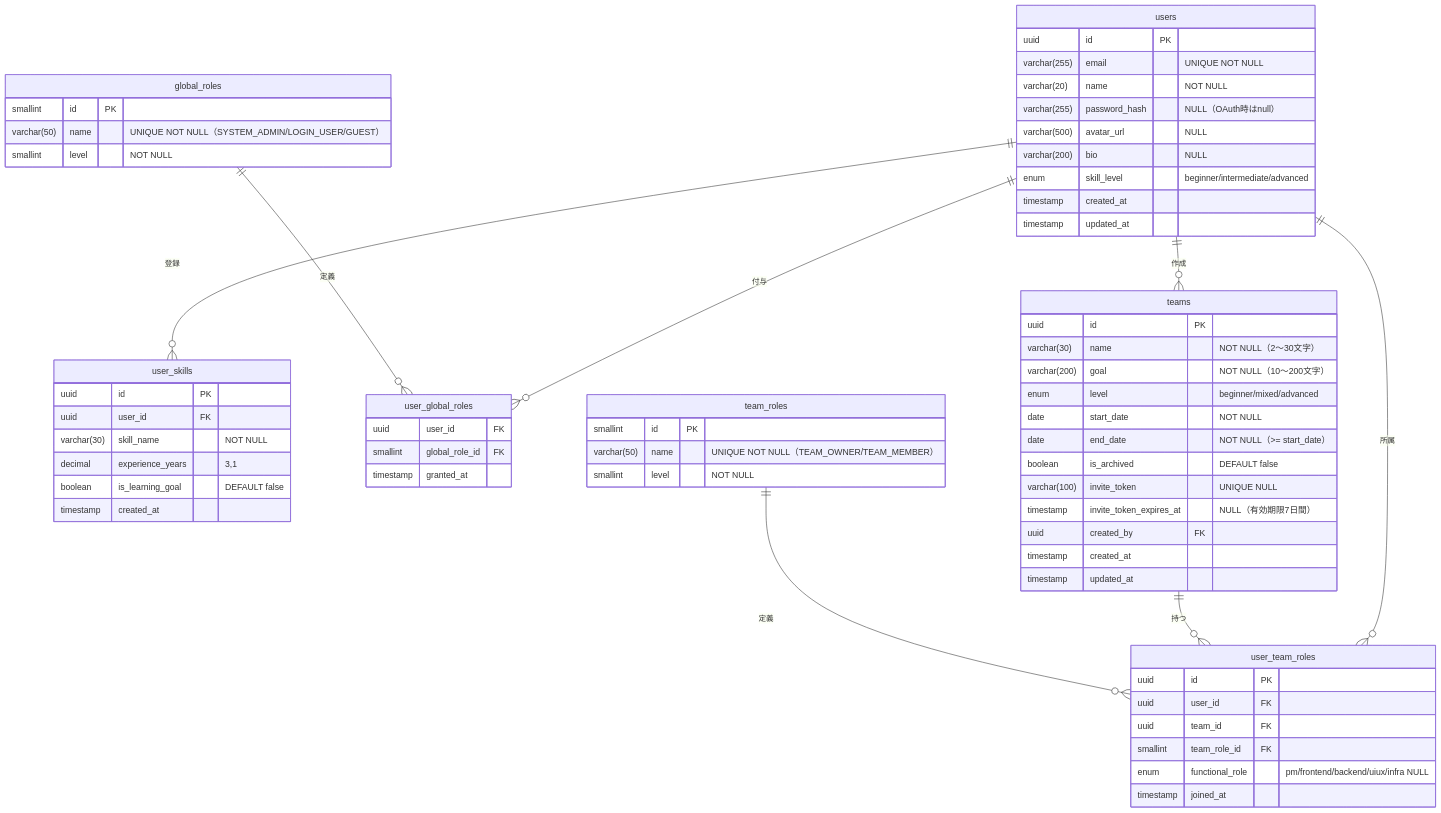
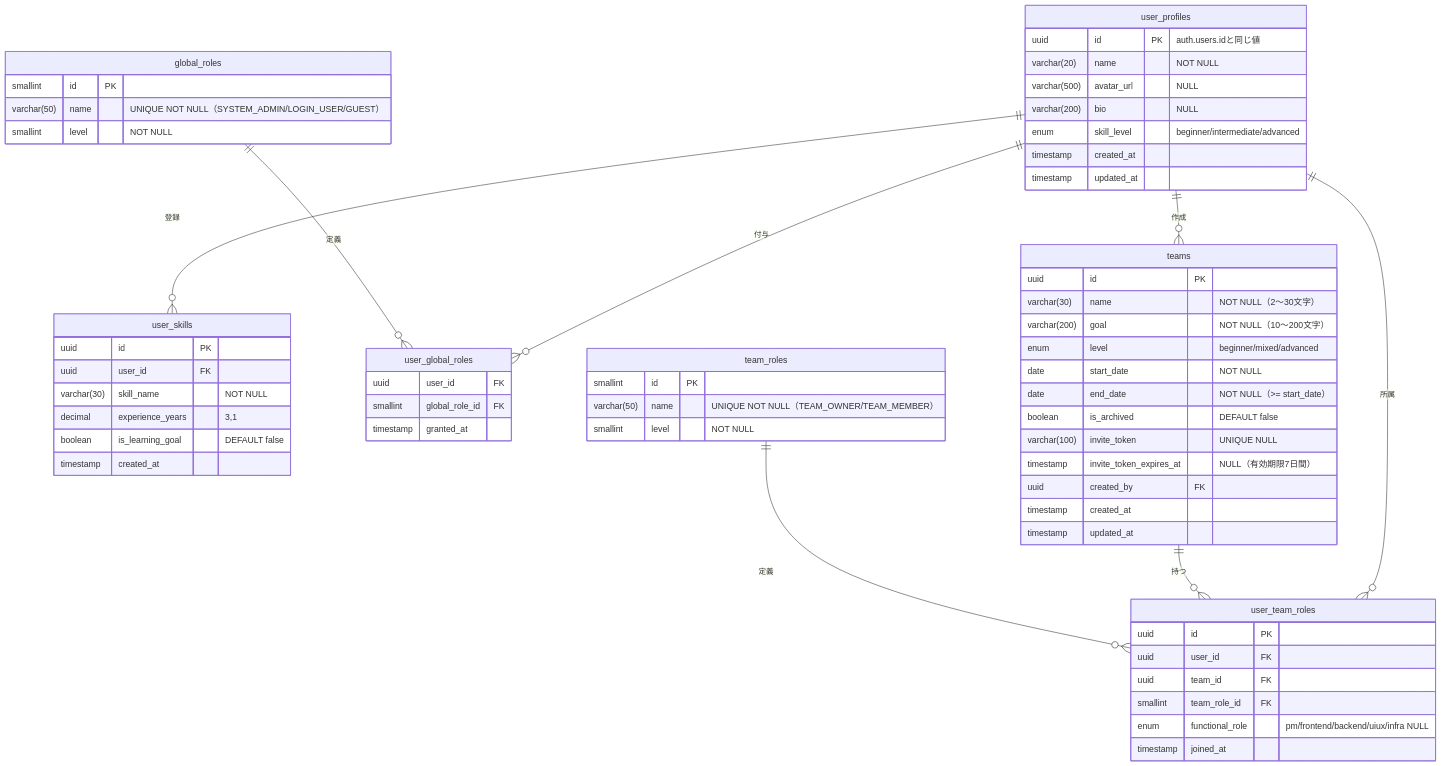
One commit to Piapuro/roadmap_api changed the first of 4 diagrams in documents/db-design.md. Above: the diagram before and after it, drawn with Mermaid. The commit also changed other lines of this file and 2 other files, not shown here.

````diff
--- a/documents/db-design.md
+++ b/documents/db-design.md
@@ -47,73 +47,71 @@
 ```mermaid
 erDiagram
-    users {
-        uuid id PK
-        varchar(255) email "UNIQUE NOT NULL"
+    user_profiles {
+        uuid id PK "auth.users.idと同じ値"
         varchar(20) name "NOT NULL"
-        varchar(255) password_hash "NULL（OAuth時はnull）"
         varchar(500) avatar_url "NULL"
         varchar(200) bio "NULL"
         enum skill_level "beginner/intermediate/advanced"
         timestamp created_at
         timestamp updated_at
     }
 
     user_skills {
         uuid id PK
         uuid user_id FK
         varchar(30) skill_name "NOT NULL"
         decimal experience_years "3,1"
         boolean is_learning_goal "DEFAULT false"
         timestamp created_at
     }
 
     global_roles {
         smallint id PK
         varchar(50) name "UNIQUE NOT NULL（SYSTEM_ADMIN/LOGIN_USER/GUEST）"
         smallint level "NOT NULL"
     }
 
     user_global_roles {
         uuid user_id FK
         smallint global_role_id FK
         timestamp granted_at
     }
 
     teams {
         uuid id PK
         varchar(30) name "NOT NULL（2〜30文字）"
         varchar(200) goal "NOT NULL（10〜200文字）"
         enum level "beginner/mixed/advanced"
         date start_date "NOT NULL"
         date end_date "NOT NULL（>= start_date）"
         boolean is_archived "DEFAULT false"
         varchar(100) invite_token "UNIQUE NULL"
         timestamp invite_token_expires_at "NULL（有効期限7日間）"
         uuid created_by FK
         timestamp created_at
         timestamp updated_at
     }
 
     team_roles {
         smallint id PK
         varchar(50) name "UNIQUE NOT NULL（TEAM_OWNER/TEAM_MEMBER）"
         smallint level "NOT NULL"
     }
 
     user_team_roles {
         uuid id PK
         uuid user_id FK
         uuid team_id FK
         smallint team_role_id FK
         enum functional_role "pm/frontend/backend/uiux/infra NULL"
         timestamp joined_at
     }
 
-    users ||--o{ user_skills : "登録"
-    users ||--o{ user_global_roles : "付与"
+    user_profiles ||--o{ user_skills : "登録"
+    user_profiles ||--o{ user_global_roles : "付与"
     global_roles ||--o{ user_global_roles : "定義"
-    users ||--o{ user_team_roles : "所属"
+    user_profiles ||--o{ user_team_roles : "所属"
     teams ||--o{ user_team_roles : "持つ"
     team_roles ||--o{ user_team_roles : "定義"
-    users ||--o{ teams : "作成"
+    user_profiles ||--o{ teams : "作成"
 ```
````
